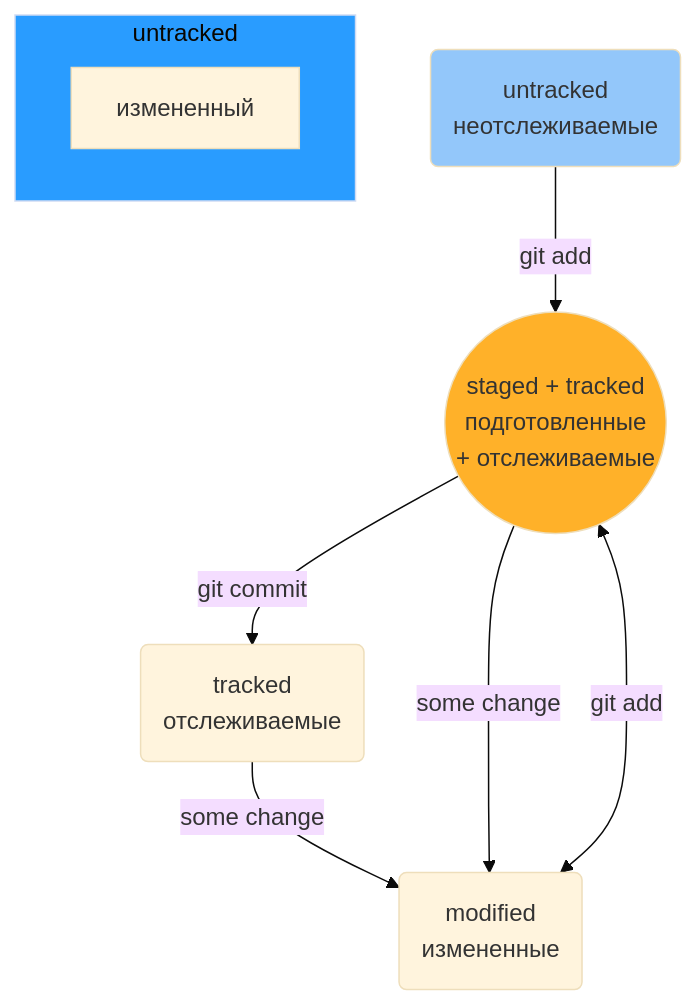
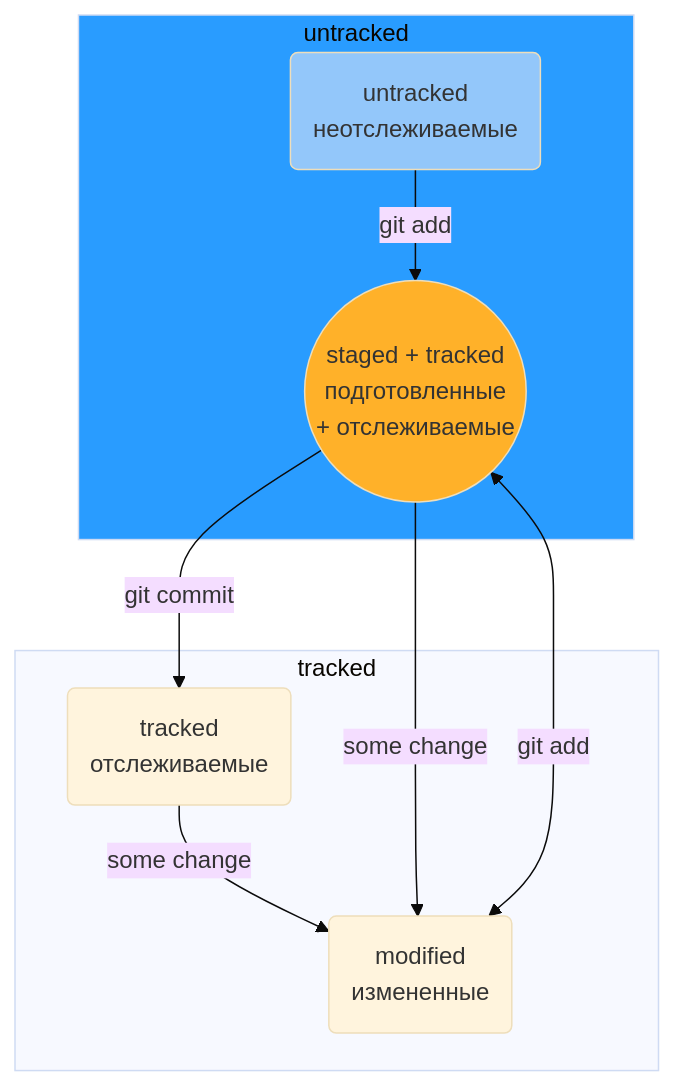
Before and after one commit to AleksandrVakarin/GitInstructionMermaid: the diagram in README.md, drawn with Mermaid (base theme).

````diff
--- a/README.md
+++ b/README.md
@@ -93,22 +93,23 @@
 ```mermaid
 flowchart TD;
 	
 	stgd((staged + tracked<br>подготовленные<br> + отслеживаемые))
 	mdf(modified<br>измененные)
 	untr(untracked<br>неотслеживаемые)
 	trcd(tracked<br>отслеживаемые)
 
 	subgraph untracked
-		измененный
+		untr-- git add -->stgd
 	end
 
-	untr-- git add -->stgd
-	stgd -- git commit -->trcd
-	trcd-- some change -->mdf
-	mdf<-- git add --> stgd
-	stgd-- some change -->mdf
-
+	subgraph tracked 
+		stgd -- git commit -->trcd
+		trcd-- some change -->mdf
+		mdf<-- git add --> stgd
+		stgd-- some change -->mdf
+	end
+	
 	style stgd fill: #FFB129
 	style untr fill: #93C7FA
 	style untracked fill: #299CFF
 ```
````
